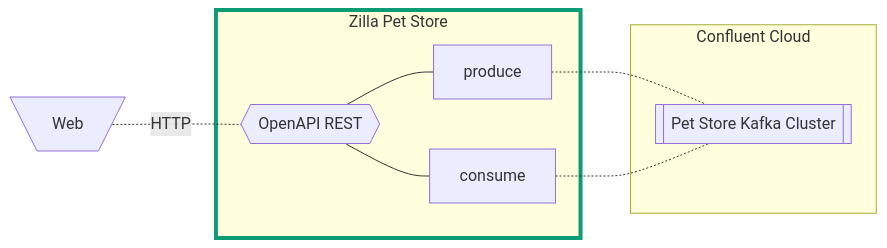
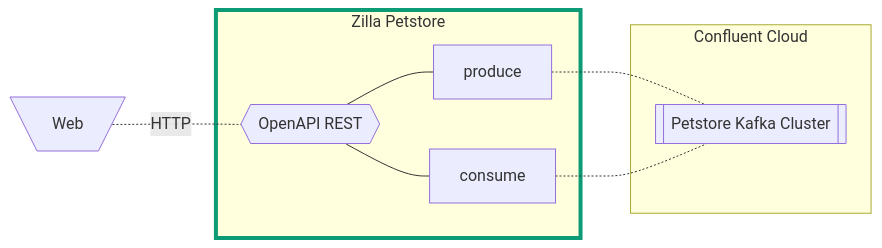
One commit to aklivity/zilla-demos changed the second of 2 diagrams in petstore/arch-Petstore.md. Above: the diagram before and after it, drawn with Mermaid. The commit also changed other lines of this file and 7 other files, not shown here.

````diff
--- a/petstore/arch-Petstore.md
+++ b/petstore/arch-Petstore.md
@@ -31,16 +31,16 @@
 ```mermaid
 flowchart LR
     style app1 stroke:#0d9b76,stroke-width:4px
 
     ui[\Web/] -.- |HTTP| zpsos
 
-    subgraph app1 [Zilla Pet Store]
+    subgraph app1 [Zilla Petstore]
             zpsos{{OpenAPI REST}} --- zpp[produce] & zpc[consume]
     end
 
     subgraph cc [Confluent Cloud]
-        ccps[[Pet Store Kafka Cluster]]
+        ccps[[Petstore Kafka Cluster]]
         zpp -.- ccps
         zpc -.- ccps
     end
 ```
````
